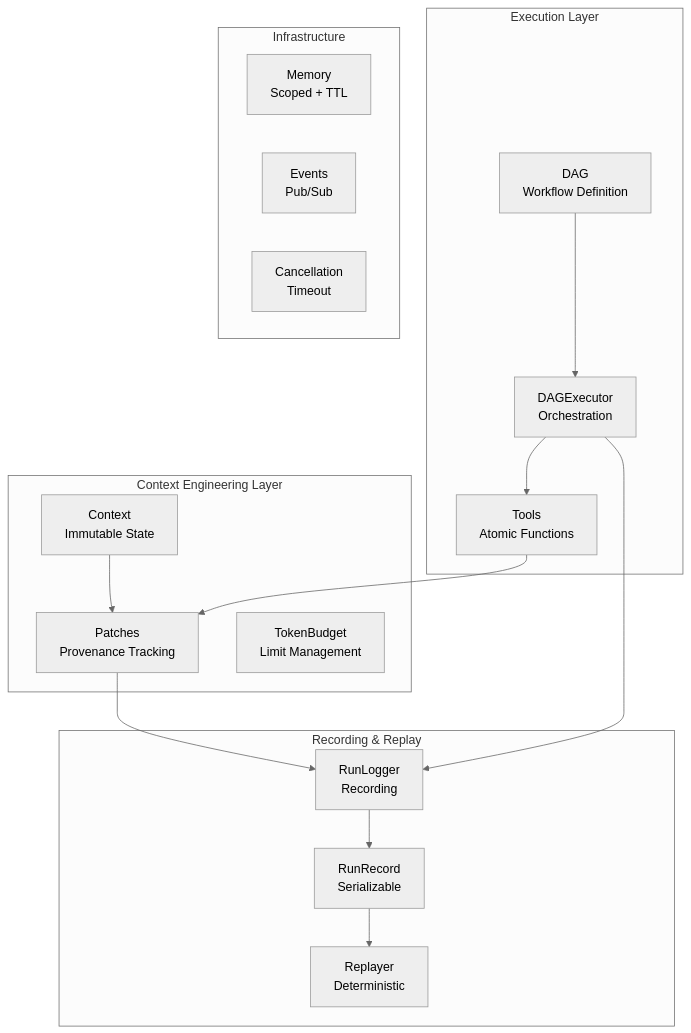
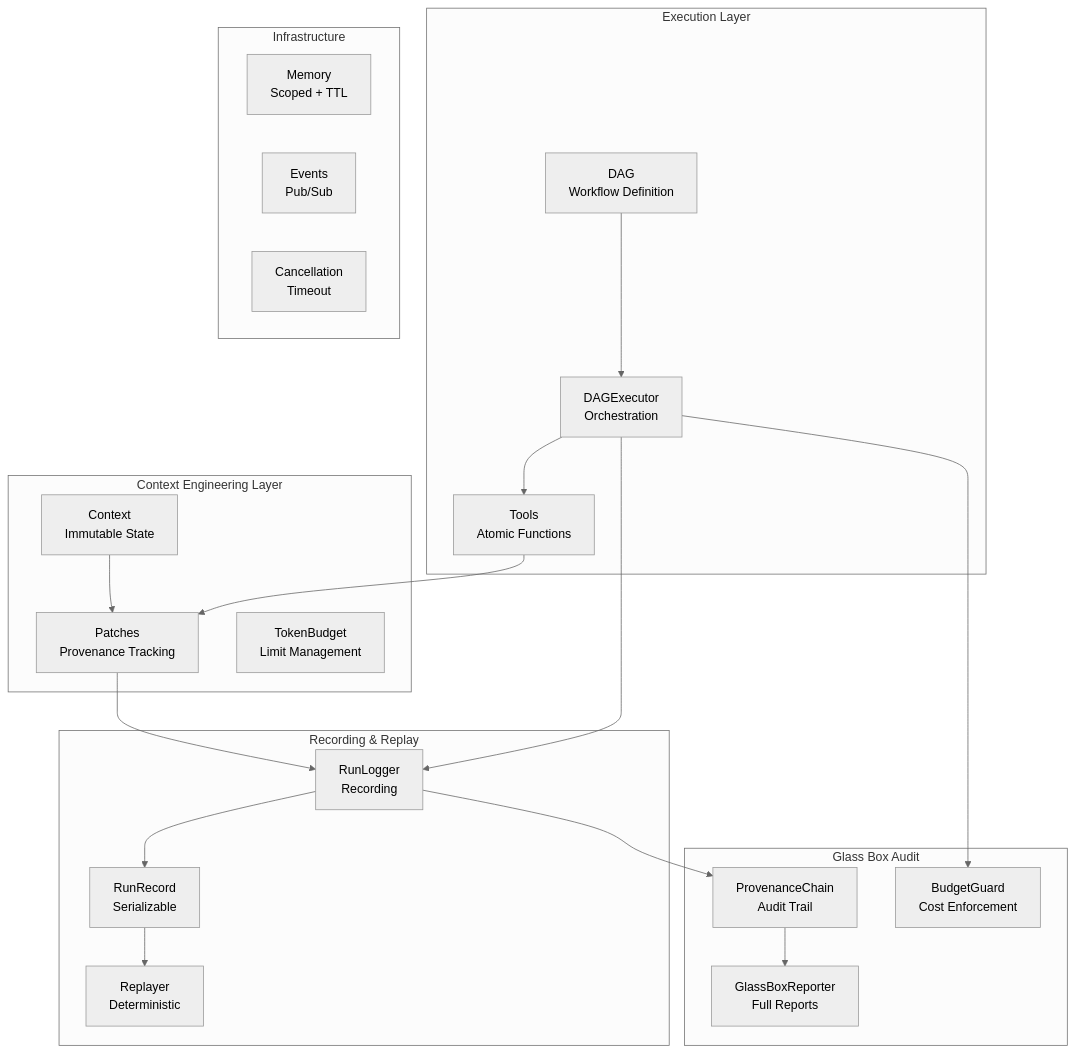
One commit to drchinca/cemaf changed the diagram in docs/README.md. Above: the diagram before and after it, drawn with Mermaid (neutral theme). The commit also changed other lines of this file and 11 other files, not shown here.

First line of the commit message:
docs: update documentation for Glass Box v0.2.0 release

````diff
--- a/docs/README.md
+++ b/docs/README.md
@@ -9,36 +9,45 @@
 ```mermaid
 flowchart TB
     subgraph "Context Engineering Layer"
         CTX[Context<br/>Immutable State]
         PATCH[Patches<br/>Provenance Tracking]
         BUDGET[TokenBudget<br/>Limit Management]
     end
 
     subgraph "Recording & Replay"
         LOGGER[RunLogger<br/>Recording]
         RECORD[RunRecord<br/>Serializable]
         REPLAY[Replayer<br/>Deterministic]
     end
 
     subgraph "Execution Layer"
         DAG[DAG<br/>Workflow Definition]
         EXEC[DAGExecutor<br/>Orchestration]
         TOOLS[Tools<br/>Atomic Functions]
     end
 
+    subgraph "Glass Box Audit"
+        PROV[ProvenanceChain<br/>Audit Trail]
+        GUARD[BudgetGuard<br/>Cost Enforcement]
+        GLASS[GlassBoxReporter<br/>Full Reports]
+    end
+
     subgraph "Infrastructure"
         MEM[Memory<br/>Scoped + TTL]
         EVENTS[Events<br/>Pub/Sub]
         CANCEL[Cancellation<br/>Timeout]
     end
 
     CTX --> PATCH
     PATCH --> LOGGER
     LOGGER --> RECORD
     RECORD --> REPLAY
 
     DAG --> EXEC
     EXEC --> TOOLS
     EXEC --> LOGGER
+    EXEC --> GUARD
     TOOLS --> PATCH
+    LOGGER --> PROV
+    PROV --> GLASS
 ```
````
